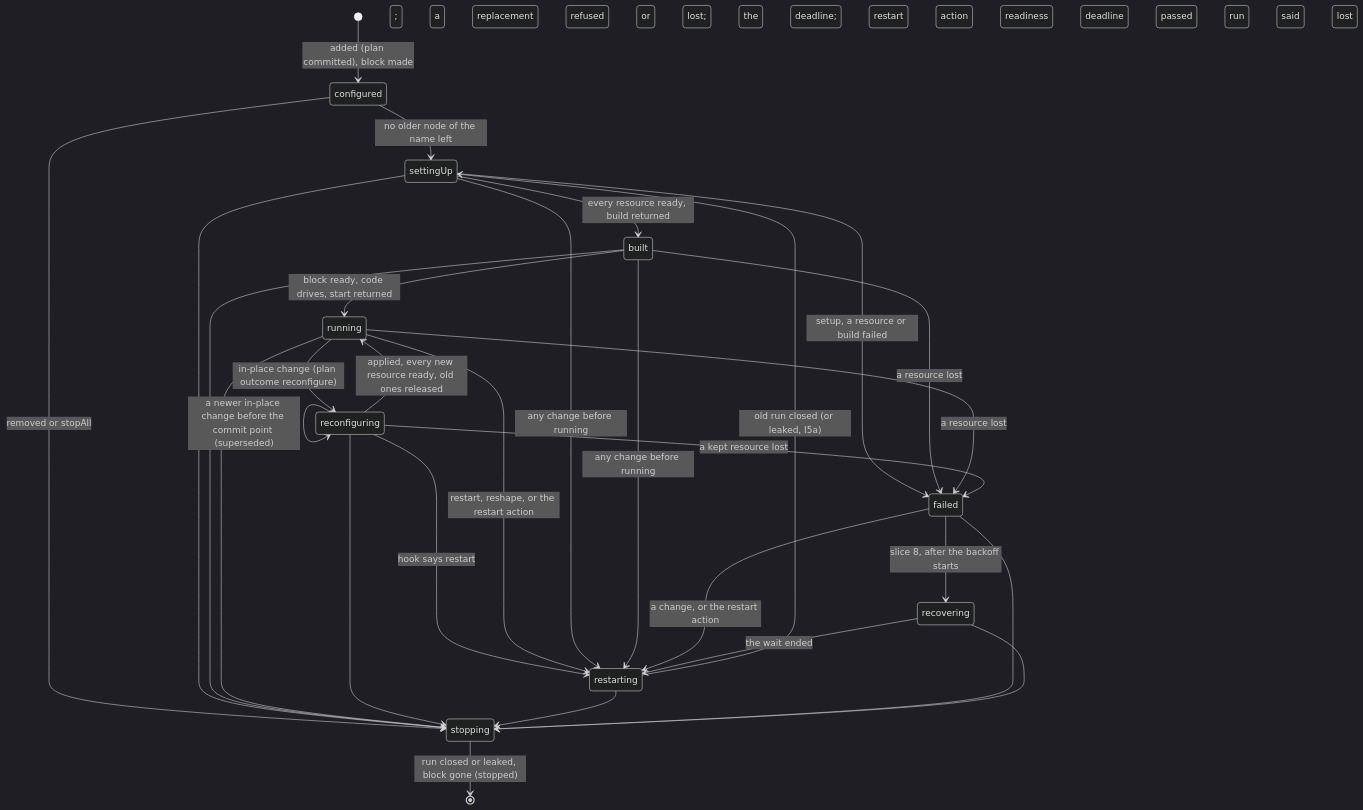
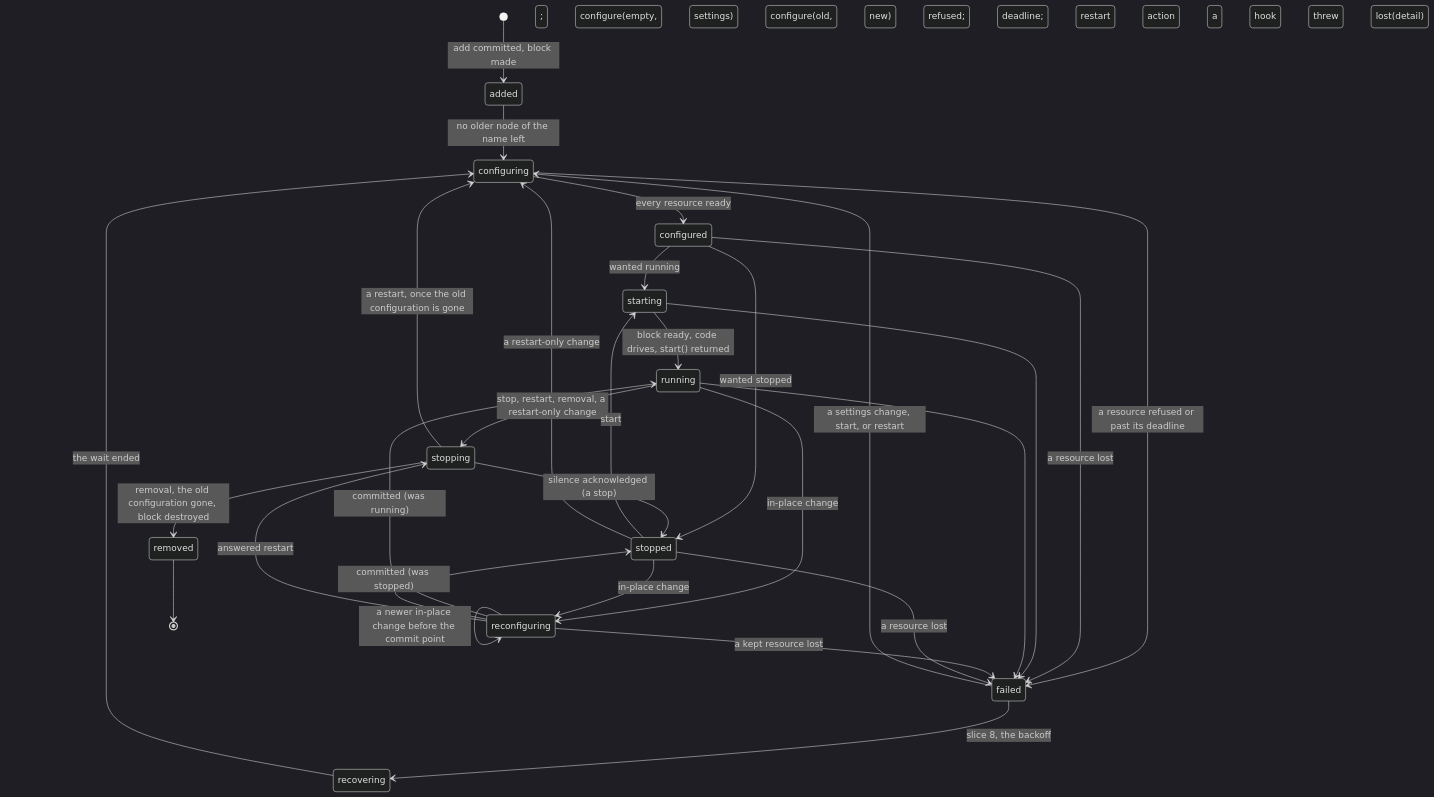
The third of 4 diagrams in docs/design/node-framework.md (mcurcio/ear), drawn with Mermaid (dark theme) before and after one commit. The commit also changed other lines of this file and 2 other files, not shown here.

First line of the commit message:
docs(design): graph and node lifecycle without runs, three hooks

````diff
--- a/docs/design/node-framework.md
+++ b/docs/design/node-framework.md
@@ -238,31 +283,31 @@
 ```mermaid
 stateDiagram-v2
-  [*] --> configured: added (plan committed), block made
-  configured --> settingUp: no older node of the name left
-  settingUp --> built: every resource ready, build returned
-  built --> running: block ready, code drives, start returned
-  running --> reconfiguring: in-place change (plan outcome reconfigure)
-  reconfiguring --> reconfiguring: a newer in-place change before the commit point (superseded)
-  reconfiguring --> running: applied, every new resource ready, old ones released
-  reconfiguring --> restarting: hook says restart; a replacement refused or lost; the deadline; restart action
-  running --> restarting: restart, reshape, or the restart action
-  settingUp --> restarting: any change before running
-  built --> restarting: any change before running
-  failed --> restarting: a change, or the restart action
-  restarting --> settingUp: old run closed (or leaked, I5a)
-  settingUp --> failed: setup, a resource or build failed; a readiness deadline passed
-  built --> failed: a resource lost; the run said lost
-  running --> failed: a resource lost; the run said lost
-  reconfiguring --> failed: a kept resource lost; the run said lost
-  failed --> recovering: slice 8, after the backoff starts
-  recovering --> restarting: the wait ended
-  configured --> stopping: removed or stopAll
-  settingUp --> stopping
-  built --> stopping
-  running --> stopping
-  reconfiguring --> stopping
-  restarting --> stopping
-  failed --> stopping
-  recovering --> stopping
-  stopping --> [*]: run closed or leaked, block gone (stopped)
+  [*] --> added: add committed, block made
+  added --> configuring: no older node of the name left; configure(empty, settings)
+  configuring --> configured: every resource ready
+  configured --> starting: wanted running
+  configured --> stopped: wanted stopped
+  starting --> running: block ready, code drives, start() returned
+  running --> stopping: stop, restart, removal, a restart-only change
+  stopping --> stopped: silence acknowledged (a stop)
+  stopped --> starting: start
+  running --> reconfiguring: in-place change; configure(old, new)
+  stopped --> reconfiguring: in-place change; configure(old, new)
+  reconfiguring --> reconfiguring: a newer in-place change before the commit point
+  reconfiguring --> running: committed (was running)
+  reconfiguring --> stopped: committed (was stopped)
+  reconfiguring --> stopping: answered restart; refused; deadline; restart action
+  stopping --> configuring: a restart, once the old configuration is gone
+  stopped --> configuring: a restart-only change
+  configuring --> failed: a resource refused or past its deadline; a hook threw
+  configured --> failed: a resource lost; lost(detail)
+  starting --> failed
+  running --> failed
+  reconfiguring --> failed: a kept resource lost; lost(detail)
+  stopped --> failed: a resource lost; lost(detail)
+  failed --> configuring: a settings change, start, or restart
+  failed --> recovering: slice 8, the backoff
+  recovering --> configuring: the wait ended
+  stopping --> removed: removal, the old configuration gone, block destroyed
+  removed --> [*]
 ```
````
